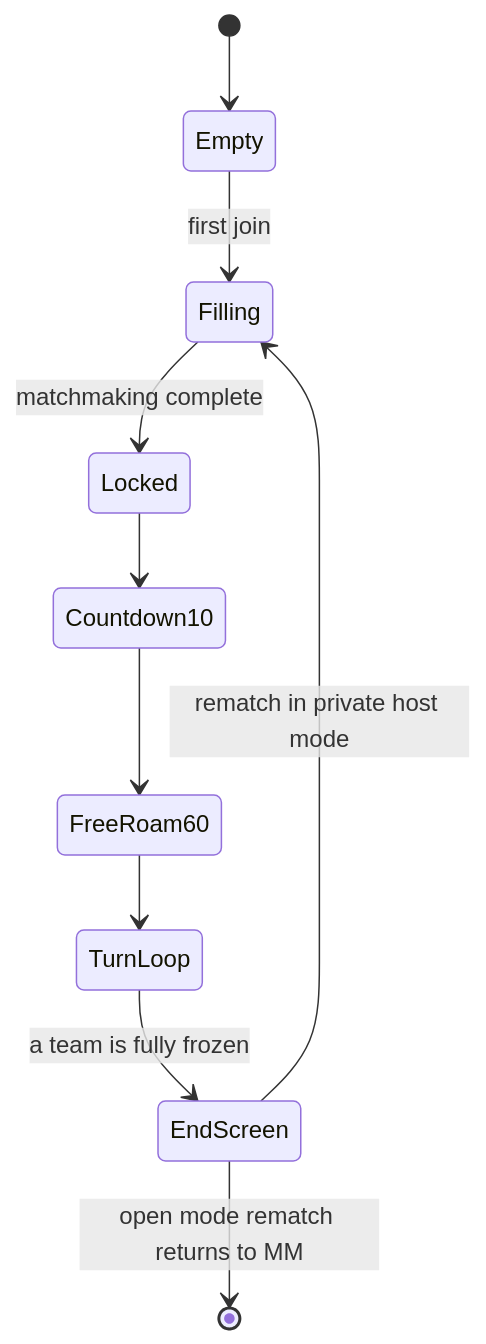
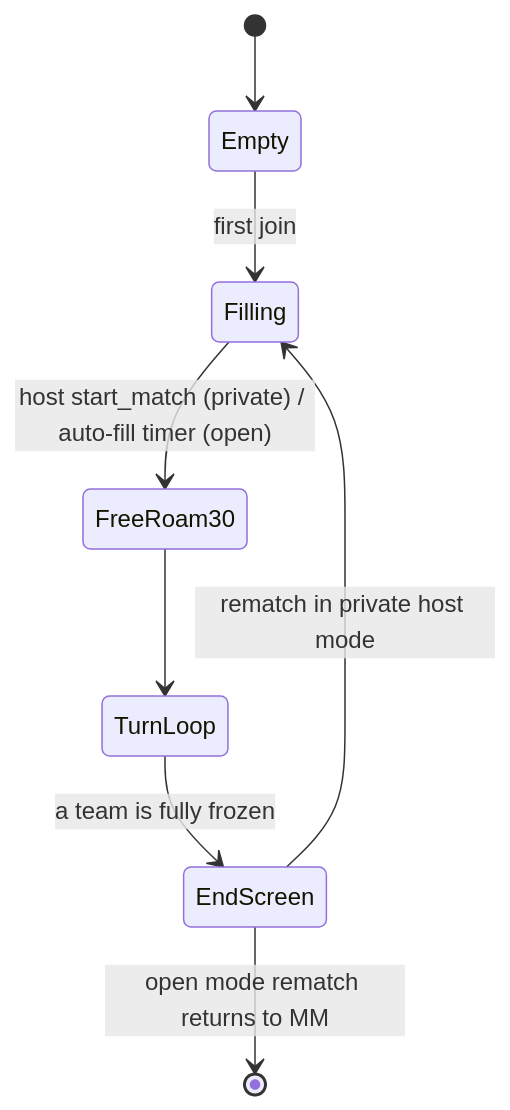
The eighth of 9 diagrams in docs/ARCHITECTURE.md (sean-reid/clowns-and-mimes), drawn with Mermaid before and after one commit. The commit also changed other lines of this file and 9 other files, not shown here.

````diff
--- a/docs/ARCHITECTURE.md
+++ b/docs/ARCHITECTURE.md
@@ -299,12 +297,10 @@
 ```mermaid
 stateDiagram-v2
   [*] --> Empty
   Empty --> Filling: first join
-  Filling --> Locked: matchmaking complete
-  Locked --> Countdown10
-  Countdown10 --> FreeRoam60
-  FreeRoam60 --> TurnLoop
+  Filling --> FreeRoam30: host start_match (private) / auto-fill timer (open)
+  FreeRoam30 --> TurnLoop
   TurnLoop --> EndScreen: a team is fully frozen
   EndScreen --> Filling: rematch in private host mode
   EndScreen --> [*]: open mode rematch returns to MM
 ```
````
